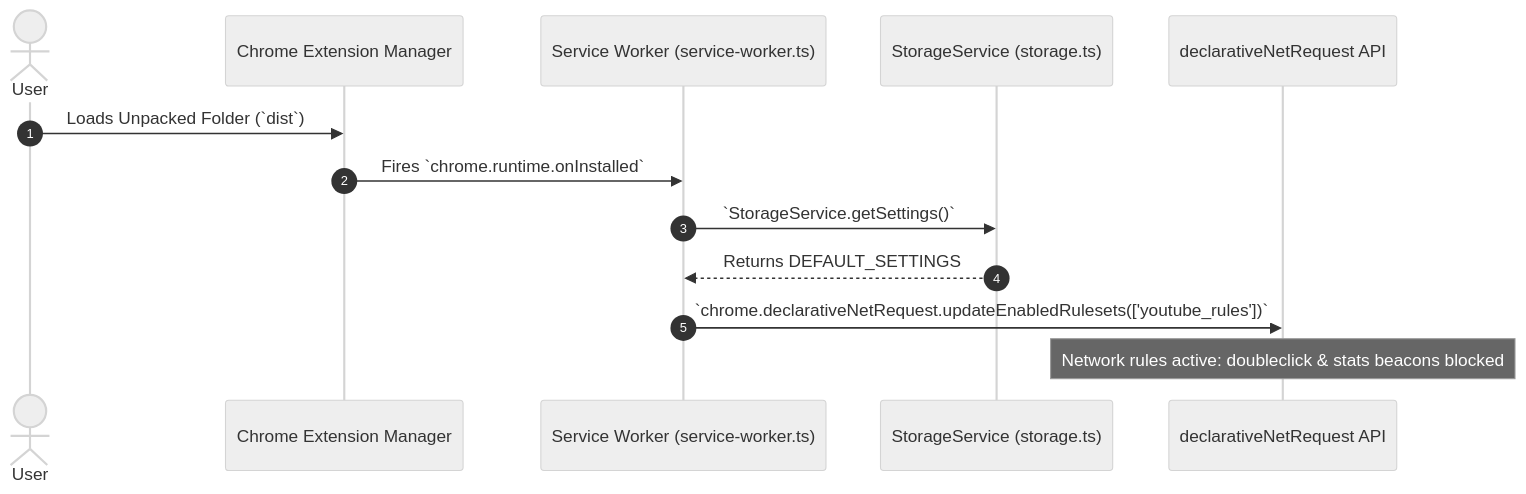
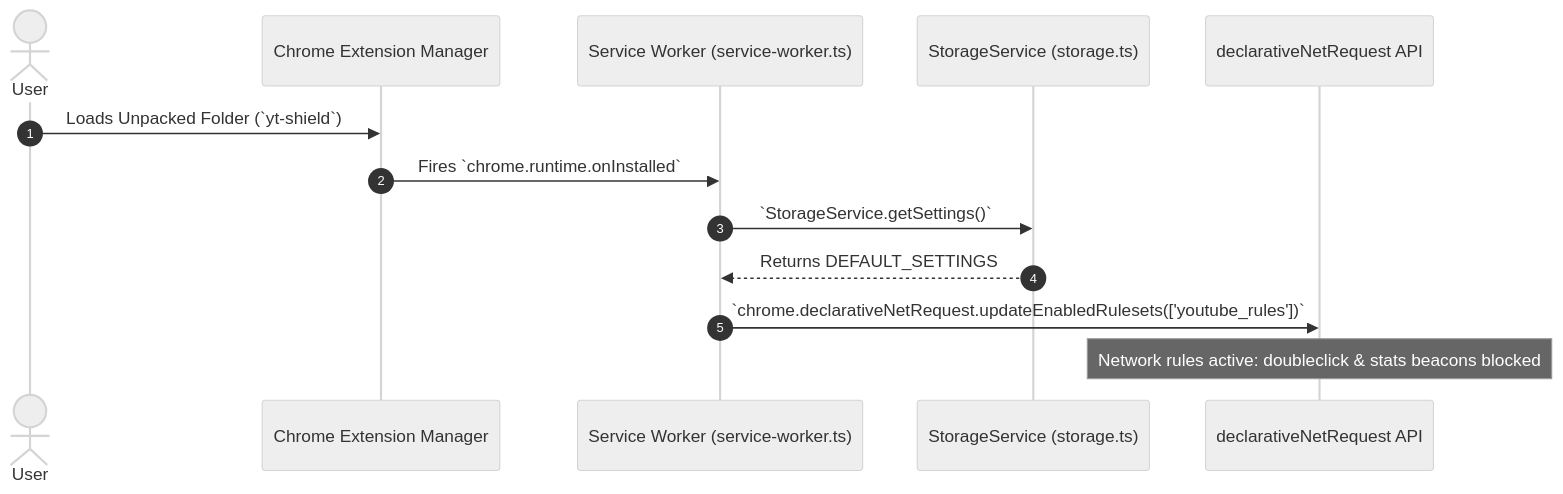
Before and after one commit to PratikParihar24/YT-Shield: the first of 4 diagrams in UserJourney.md, drawn with Mermaid (neutral theme). The commit also changed 2 other files, not shown here.

Commit message:
Update install documentation: load unzipped root folder directly

````diff
--- a/UserJourney.md
+++ b/UserJourney.md
@@ -49,16 +49,16 @@
 ```mermaid
 sequenceDiagram
     autonumber
     actor User
     participant Browser as Chrome Extension Manager
     participant SW as Service Worker (service-worker.ts)
     participant Storage as StorageService (storage.ts)
     participant DNR as declarativeNetRequest API
 
-    User->>Browser: Loads Unpacked Folder (`dist`)
+    User->>Browser: Loads Unpacked Folder (`yt-shield`)
     Browser->>SW: Fires `chrome.runtime.onInstalled`
     SW->>Storage: `StorageService.getSettings()`
     Storage-->>SW: Returns DEFAULT_SETTINGS
     SW->>DNR: `chrome.declarativeNetRequest.updateEnabledRulesets(['youtube_rules'])`
     Note over DNR: Network rules active: doubleclick & stats beacons blocked
 ```
````
